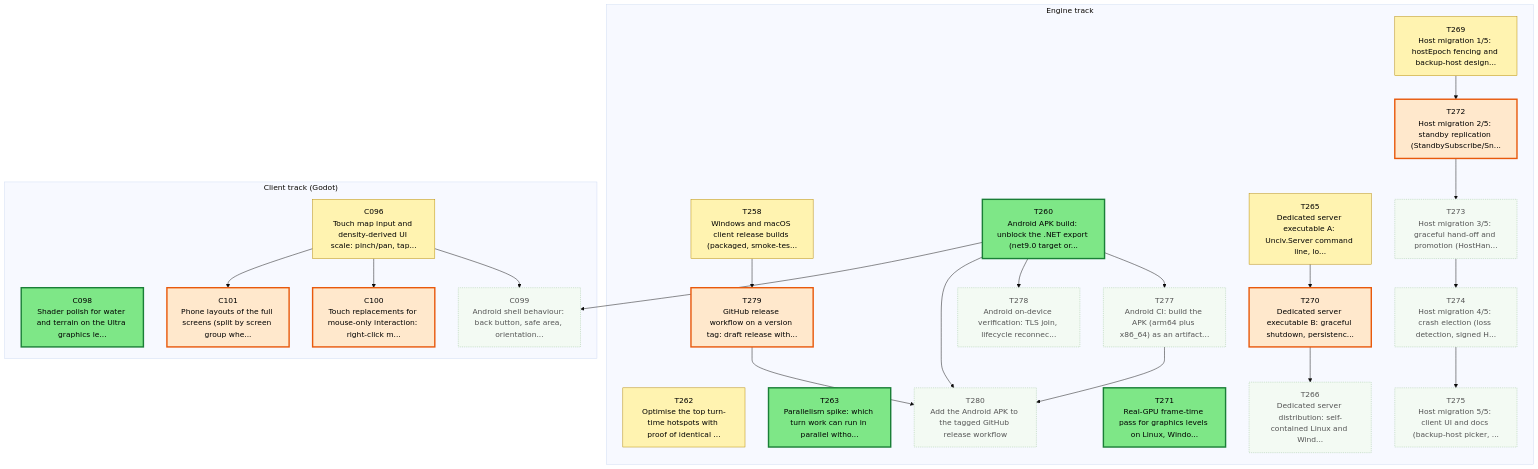
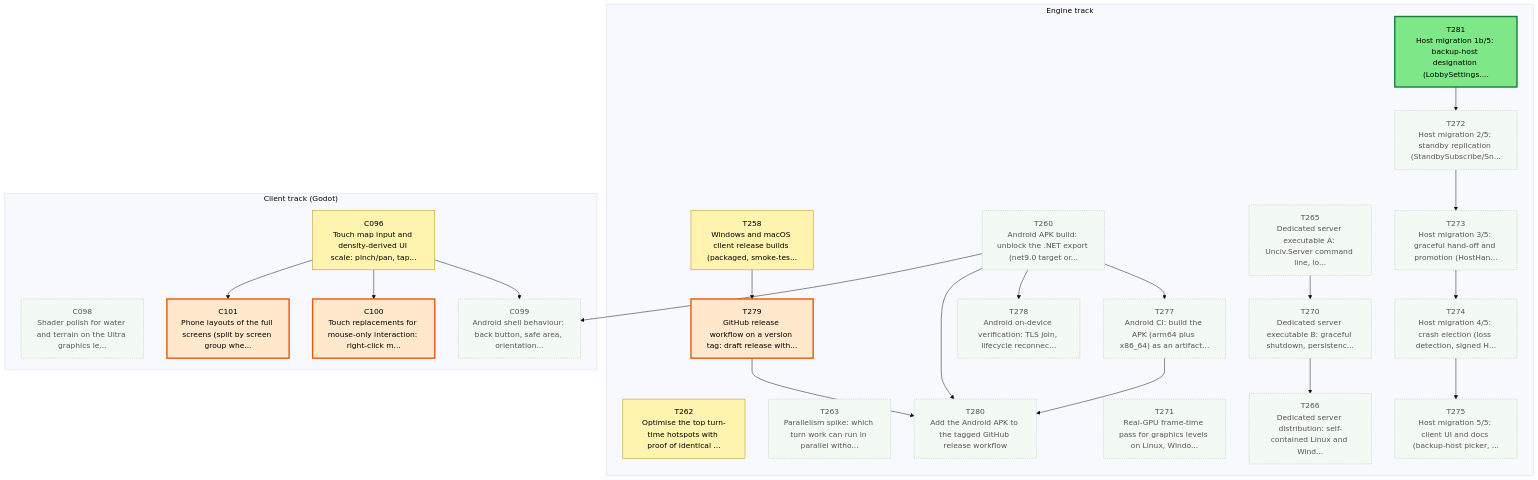
One commit to Kenmura/Unciv changed the first of 3 diagrams in csharp/migration/DEPENDENCY_MAP.md. Above: the diagram before and after it, drawn with Mermaid (base theme). The commit also changed other lines of this file, not shown here.

````diff
--- a/csharp/migration/DEPENDENCY_MAP.md
+++ b/csharp/migration/DEPENDENCY_MAP.md
@@ -35,74 +35,74 @@
 ```mermaid
 flowchart TD
   subgraph TTRACK["Engine track"]
     T258["T258<br/>Windows and macOS client release builds (packaged, smoke-tes..."]
     T260["T260<br/>Android APK build: unblock the .NET export (net9.0 target or..."]
     T262["T262<br/>Optimise the top turn-time hotspots with proof of identical ..."]
     T263["T263<br/>Parallelism spike: which turn work can run in parallel witho..."]
     T265["T265<br/>Dedicated server executable A: Unciv.Server command line, lo..."]
     T266["T266<br/>Dedicated server distribution: self-contained Linux and Wind..."]
-    T269["T269<br/>Host migration 1/5: hostEpoch fencing and backup-host design..."]
     T270["T270<br/>Dedicated server executable B: graceful shutdown, persistenc..."]
     T271["T271<br/>Real-GPU frame-time pass for graphics levels on Linux, Windo..."]
     T272["T272<br/>Host migration 2/5: standby replication (StandbySubscribe/Sn..."]
     T273["T273<br/>Host migration 3/5: graceful hand-off and promotion (HostHan..."]
     T274["T274<br/>Host migration 4/5: crash election (loss detection, signed H..."]
     T275["T275<br/>Host migration 5/5: client UI and docs (backup-host picker, ..."]
     T277["T277<br/>Android CI: build the APK (arm64 plus x86_64) as an artifact..."]
     T278["T278<br/>Android on-device verification: TLS join, lifecycle reconnec..."]
     T279["T279<br/>GitHub release workflow on a version tag: draft release with..."]
     T280["T280<br/>Add the Android APK to the tagged GitHub release workflow"]
+    T281["T281<br/>Host migration 1b/5: backup-host designation (LobbySettings...."]
   end
   subgraph CTRACK["Client track (Godot)"]
     C096["C096<br/>Touch map input and density-derived UI scale: pinch/pan, tap..."]
     C098["C098<br/>Shader polish for water and terrain on the Ultra graphics le..."]
     C099["C099<br/>Android shell behaviour: back button, safe area, orientation..."]
     C100["C100<br/>Touch replacements for mouse-only interaction: right-click m..."]
     C101["C101<br/>Phone layouts of the full screens (split by screen group whe..."]
   end
   T270 --> T266
   T265 --> T270
-  T269 --> T272
+  T281 --> T272
   T272 --> T273
   T273 --> T274
   T274 --> T275
   T260 --> T277
   T260 --> T278
   T258 --> T279
   T279 --> T280
   T260 --> T280
   T277 --> T280
   T260 --> C099
   C096 --> C099
   C096 --> C100
   C096 --> C101
   classDef waiting fill:#f3faf3,stroke:#9bc49b,color:#555,stroke-dasharray:2 2
   classDef ondeck fill:#ffe8cc,stroke:#e8590c,stroke-width:3px,color:#000
   classDef ready fill:#7ee787,stroke:#1a7f37,stroke-width:3px,color:#000
   classDef prog fill:#fff3b0,stroke:#b58900,color:#000
   classDef review fill:#cfe4ff,stroke:#1f6feb,color:#000
   classDef blocked fill:#ffd6d6,stroke:#c62828,color:#000
   classDef done fill:#eeeeee,stroke:#999999,color:#666,stroke-dasharray:4 3
   class C096 prog
-  class C098 ready
+  class C098 waiting
   class C099 waiting
   class C100 ondeck
   class C101 ondeck
   class T258 prog
-  class T260 ready
+  class T260 waiting
   class T262 prog
-  class T263 ready
-  class T265 prog
+  class T263 waiting
+  class T265 waiting
   class T266 waiting
-  class T269 prog
-  class T270 ondeck
-  class T271 ready
-  class T272 ondeck
+  class T270 waiting
+  class T271 waiting
+  class T272 waiting
   class T273 waiting
   class T274 waiting
   class T275 waiting
   class T277 waiting
   class T278 waiting
   class T279 ondeck
   class T280 waiting
+  class T281 ready
 ```
````
